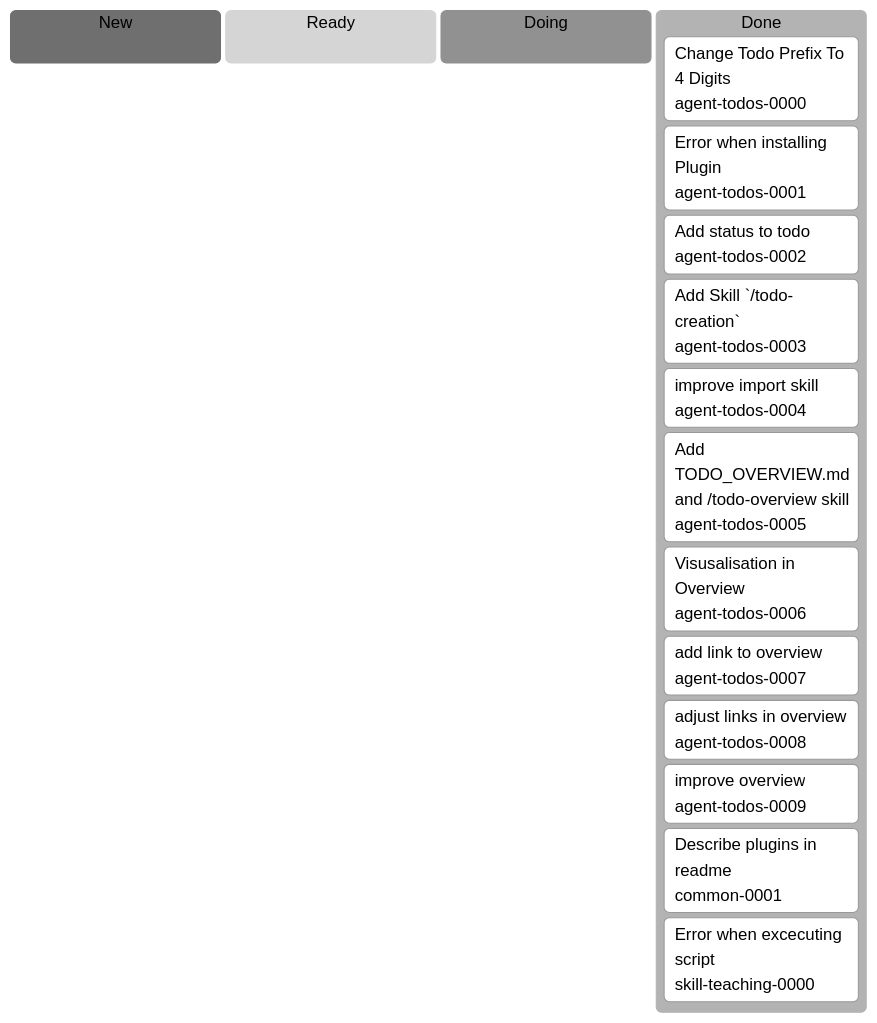
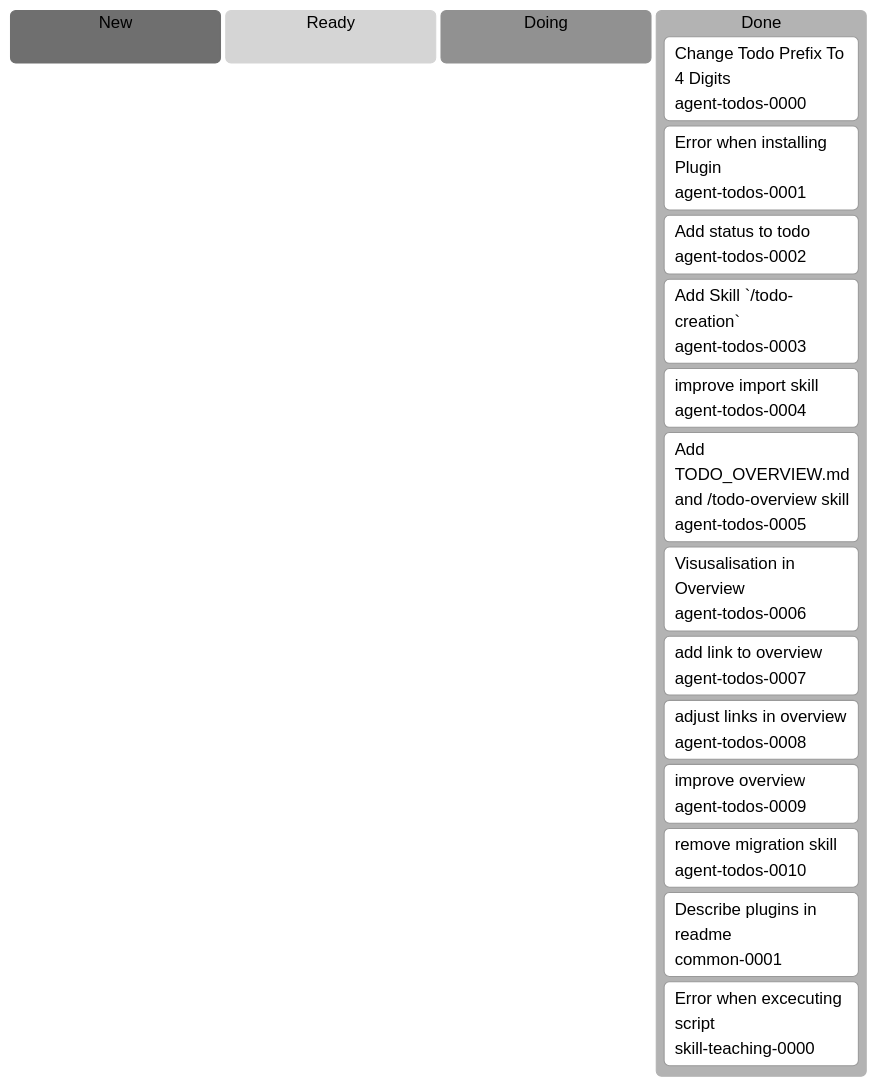
Before and after one commit to erich3000/ji-agent-skills: the diagram in docs/agent-todos/TODO_OVERVIEW.md, drawn with Mermaid. The commit also changed other lines of this file and 7 other files, not shown here.

Commit message:
removed the /todo-migration skill

````diff
--- a/docs/agent-todos/TODO_OVERVIEW.md
+++ b/docs/agent-todos/TODO_OVERVIEW.md
@@ -7,23 +7,24 @@
 ```mermaid
 %%{init: {"theme":"neutral"}}%%
 kanban
   new[New]
 
   ready[Ready]
 
   doing[Doing]
 
   done[Done]
     agent-todos-0000[Change Todo Prefix To 4 Digits]@{ ticket: agent-todos-0000 }
     agent-todos-0001[Error when installing Plugin]@{ ticket: agent-todos-0001 }
     agent-todos-0002[Add status to todo]@{ ticket: agent-todos-0002 }
     agent-todos-0003[Add Skill `/todo-creation`]@{ ticket: agent-todos-0003 }
     agent-todos-0004[improve import skill]@{ ticket: agent-todos-0004 }
     agent-todos-0005[Add TODO_OVERVIEW.md and /todo-overview skill]@{ ticket: agent-todos-0005 }
     agent-todos-0006[Visusalisation in Overview]@{ ticket: agent-todos-0006 }
     agent-todos-0007[add link to overview]@{ ticket: agent-todos-0007 }
     agent-todos-0008[adjust links in overview]@{ ticket: agent-todos-0008 }
     agent-todos-0009[improve overview]@{ ticket: agent-todos-0009 }
+    agent-todos-0010[remove migration skill]@{ ticket: agent-todos-0010 }
     common-0001[Describe plugins in readme]@{ ticket: common-0001 }
     skill-teaching-0000[Error when excecuting script]@{ ticket: skill-teaching-0000 }
 ```
````
